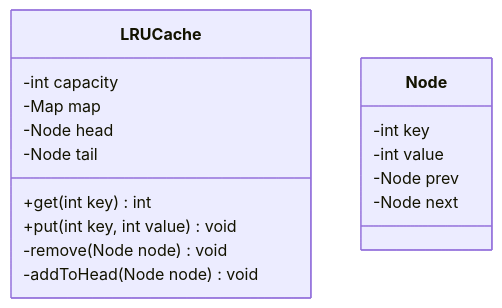
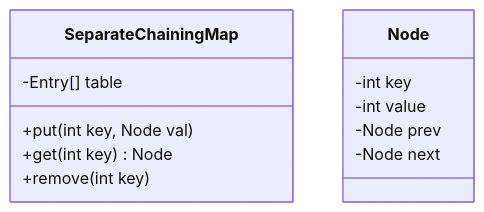
The diagram in Exam3_Capstone_Project/Requirements_Design.md (xcuithetoe/cis44-java-data-structures-labs), drawn with Mermaid before and after one commit. The commit also changed 2 other files, not shown here.

Commit message:
Completed Phase 2 and wrote java classes for the two main data structures used in this project, a doubly linked list and a hash map with separate chaining. Also updated the UML diagram, as I renamed some functions.

````diff
--- a/Exam3_Capstone_Project/Requirements_Design.md
+++ b/Exam3_Capstone_Project/Requirements_Design.md
@@ -15,24 +15,15 @@
 ```mermaid
 classDiagram
-
-    class LRUCache {
-        -int capacity
-        -Map<Integer, Node> map
-        -Node head
-        -Node tail
-        +get(int key) int
-        +put(int key, int value) void
-        -remove(Node node) void
-        -addToHead(Node node) void
-
+    class SeparateChainingMap {
+        -Entry[] table
+        +put(int key, Node val)
+        +get(int key) Node
+        +remove(int key)
     }
-
     class Node {
-
         -int key
         -int value
         -Node prev
         -Node next
-
     }
 ```
````
